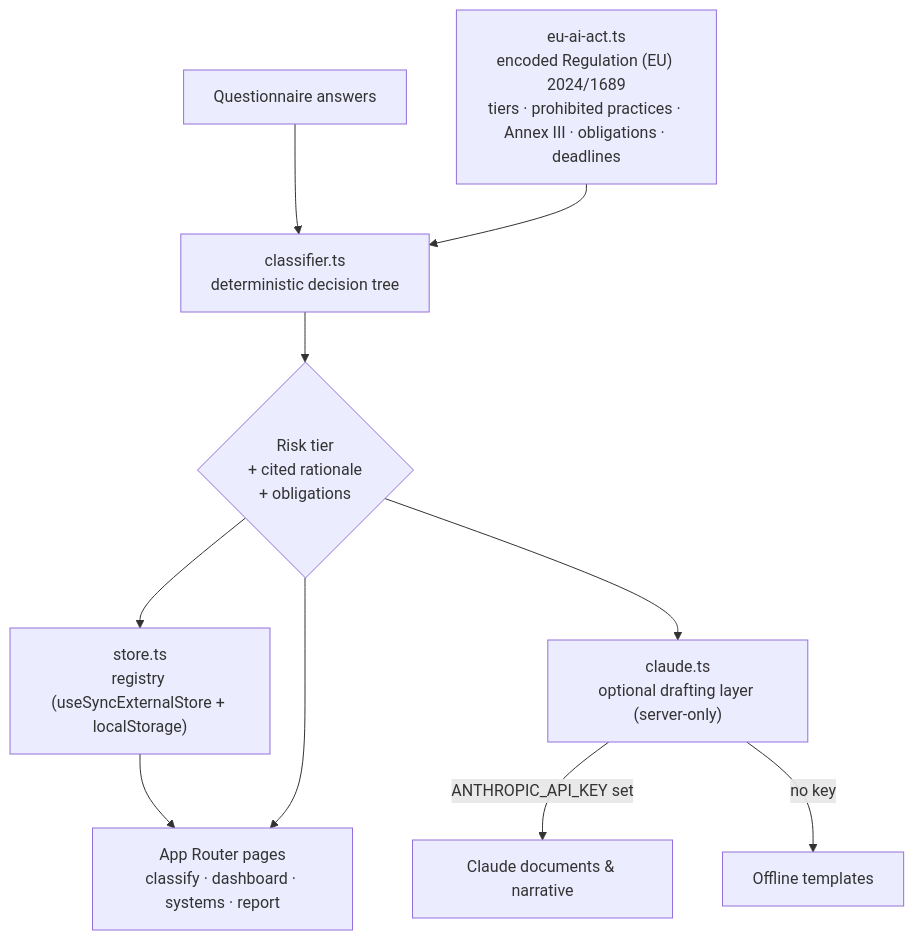
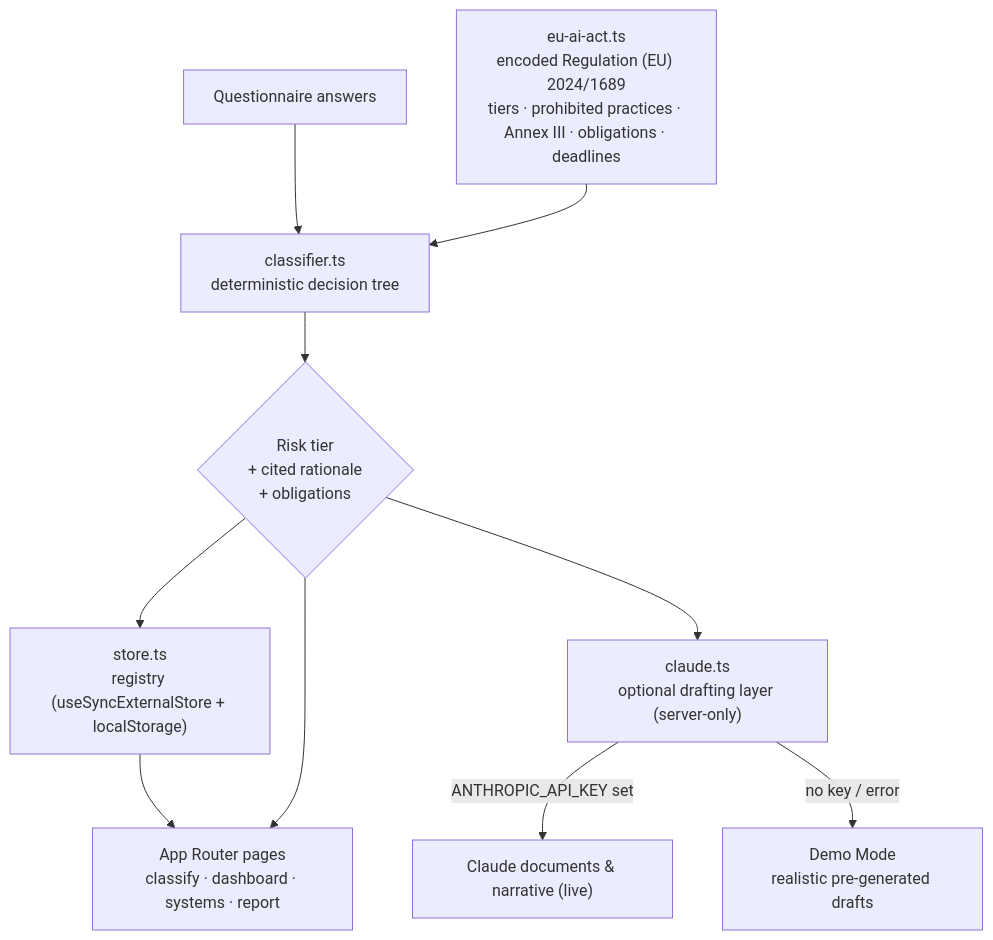
The diagram in README.md (elkamohammad1988/conforma), drawn with Mermaid before and after one commit. The commit also changed other lines of this file and 27 other files, not shown here.

````diff
--- a/README.md
+++ b/README.md
@@ -120,13 +123,13 @@
 ```mermaid
 flowchart TD
     REG["eu-ai-act.ts<br/>encoded Regulation (EU) 2024/1689<br/>tiers · prohibited practices · Annex III · obligations · deadlines"]
     Q["Questionnaire answers"] --> ENG["classifier.ts<br/>deterministic decision tree"]
     REG --> ENG
     ENG --> R{"Risk tier<br/>+ cited rationale<br/>+ obligations"}
     R --> STORE["store.ts<br/>registry (useSyncExternalStore + localStorage)"]
     R --> AI["claude.ts<br/>optional drafting layer (server-only)"]
-    AI -->|ANTHROPIC_API_KEY set| C["Claude documents & narrative"]
-    AI -->|no key| T["Offline templates"]
+    AI -->|ANTHROPIC_API_KEY set| C["Claude documents & narrative (live)"]
+    AI -->|no key / error| T["Demo Mode<br/>realistic pre-generated drafts"]
     STORE --> UI["App Router pages<br/>classify · dashboard · systems · report"]
     R --> UI
 ```
````
